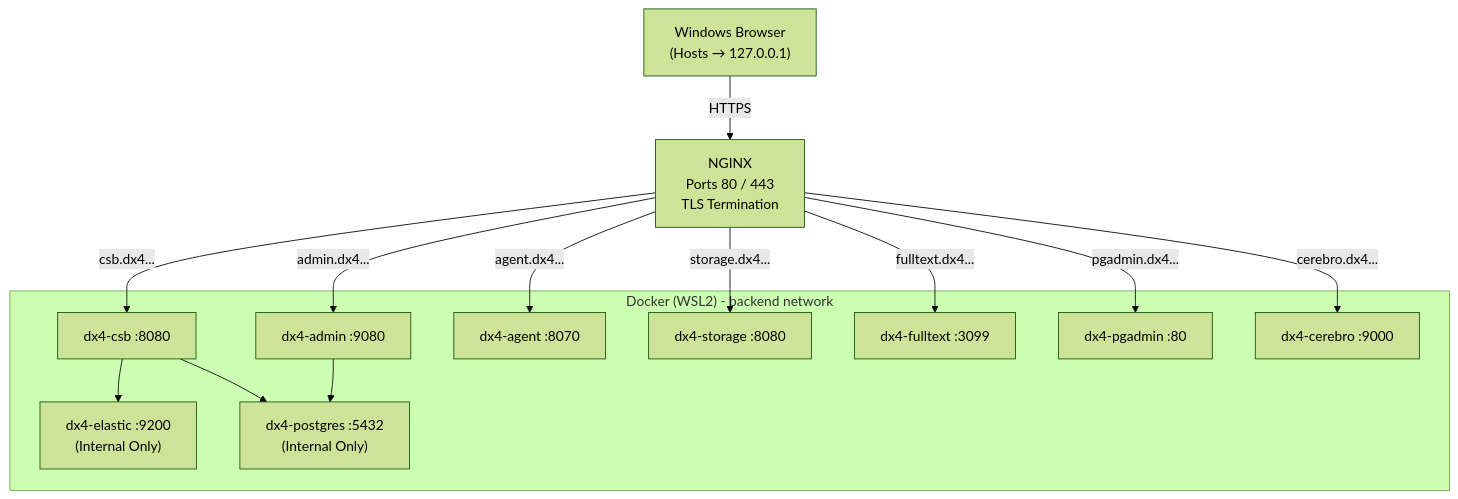
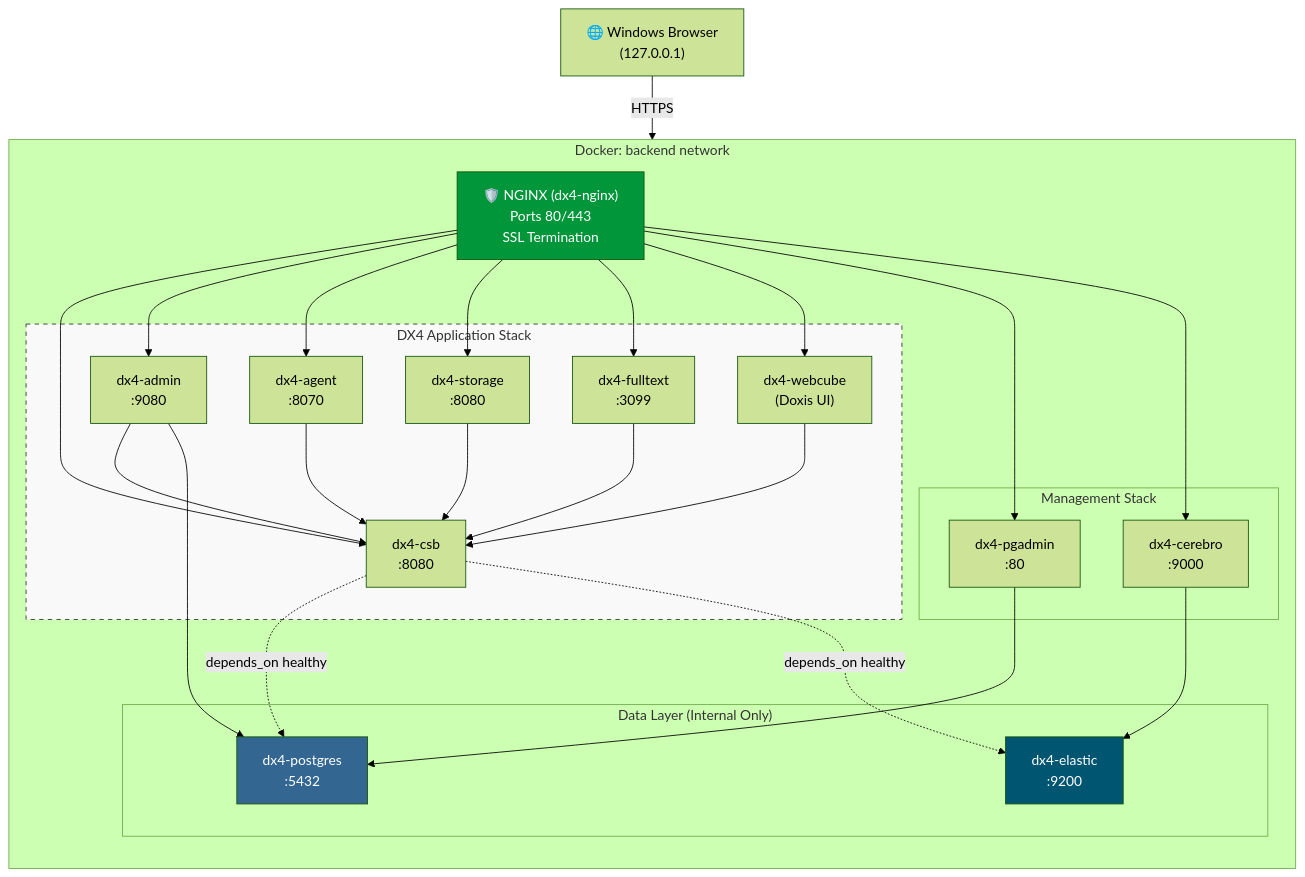
The diagram in LocalDevEnv/EdgeTerminatedSSL/DockerComposeModifications.md (alf-wchong/SER-Doxis-CSB-Helper), drawn with Mermaid (forest theme) before and after one commit. The commit also changed other lines of this file, not shown here.

Commit message:
Update architecture diagram and operational commands
Added dx4-webcube to architecture diagram and updated operational commands for better clarity.

````diff
--- a/LocalDevEnv/EdgeTerminatedSSL/DockerComposeModifications.md
+++ b/LocalDevEnv/EdgeTerminatedSSL/DockerComposeModifications.md
@@ -48,32 +49,68 @@
 ```mermaid
 flowchart TB
+    %% External Entry
+    Browser["🌐 Windows Browser\n(127.0.0.1)"]
+    
+    subgraph Docker_Network ["Docker: backend network"]
+        direction TB
+        
+        %% Reverse Proxy
+        Nginx["🛡️ NGINX (dx4-nginx)\nPorts 80/443\nSSL Termination"]
 
-    Browser["Windows Browser\n(Hosts → 127.0.0.1)"]
-    Nginx["NGINX\nPorts 80 / 443\nTLS Termination"]
+        %% Management Tools
+        subgraph Management ["Management Stack"]
+            PgAdmin["dx4-pgadmin\n:80"]
+            Cerebro["dx4-cerebro\n:9000"]
+        end
 
-    subgraph Docker["Docker (WSL2) - backend network"]
-        CSB["dx4-csb :8080"]
-        Admin["dx4-admin :9080"]
-        Agent["dx4-agent :8070"]
-        Storage["dx4-storage :8080"]
-        Fulltext["dx4-fulltext :3099"]
-        Elastic["dx4-elastic :9200\n(Internal Only)"]
-        Postgres["dx4-postgres :5432\n(Internal Only)"]
-        PgAdmin["dx4-pgadmin :80"]
-        Cerebro["dx4-cerebro :9000"]
+        %% Core DX4 Stack
+        subgraph DX4_Core ["DX4 Application Stack"]
+            CSB["dx4-csb\n:8080"]
+            Admin["dx4-admin\n:9080"]
+            Agent["dx4-agent\n:8070"]
+            Storage["dx4-storage\n:8080"]
+            Fulltext["dx4-fulltext\n:3099"]
+            WebCube["dx4-webcube\n(Doxis UI)"]
+        end
+
+        %% Internal Data Layer
+        subgraph Data_Layer ["Data Layer (Internal Only)"]
+            Elastic["dx4-elastic\n:9200"]
+            Postgres["dx4-postgres\n:5432"]
+        end
     end
 
+    %% Routing
     Browser -->|HTTPS| Nginx
+    
+    %% Nginx Reverse Proxy Links
+    Nginx --> CSB
+    Nginx --> Admin
+    Nginx --> Agent
+    Nginx --> Storage
+    Nginx --> Fulltext
+    Nginx --> WebCube
+    Nginx --> PgAdmin
+    Nginx --> Cerebro
 
-    Nginx -->|csb.dx4...| CSB
-    Nginx -->|admin.dx4...| Admin
-    Nginx -->|agent.dx4...| Agent
-    Nginx -->|storage.dx4...| Storage
-    Nginx -->|fulltext.dx4...| Fulltext
-    Nginx -->|pgadmin.dx4...| PgAdmin
-    Nginx -->|cerebro.dx4...| Cerebro
+    %% Internal Dependencies & Healthchecks
+    CSB -.->|depends_on healthy| Postgres
+    CSB -.->|depends_on healthy| Elastic
+    
+    Admin --> CSB
+    Agent --> CSB
+    Storage --> CSB
+    Fulltext --> CSB
+    WebCube --> CSB
+    
+    %% Database specific links
+    Admin --> Postgres
+    PgAdmin --> Postgres
+    Cerebro --> Elastic
 
-    CSB --> Elastic
-    CSB --> Postgres
-    Admin --> Postgres
+    %% Styling
+    style Postgres fill:#336791,color:#fff
+    style Elastic fill:#005571,color:#fff
+    style Nginx fill:#009639,color:#fff
+    style DX4_Core fill:#f9f9f9,stroke:#333,stroke-dasharray: 5 5
 ```
````
